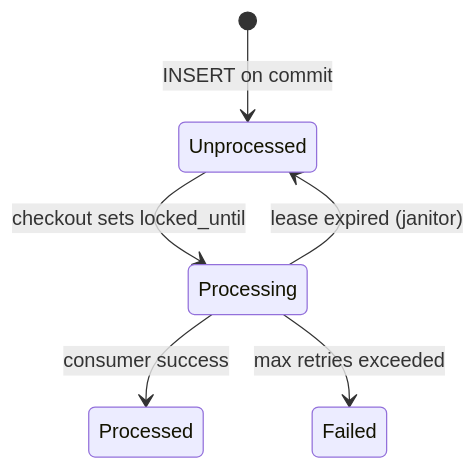
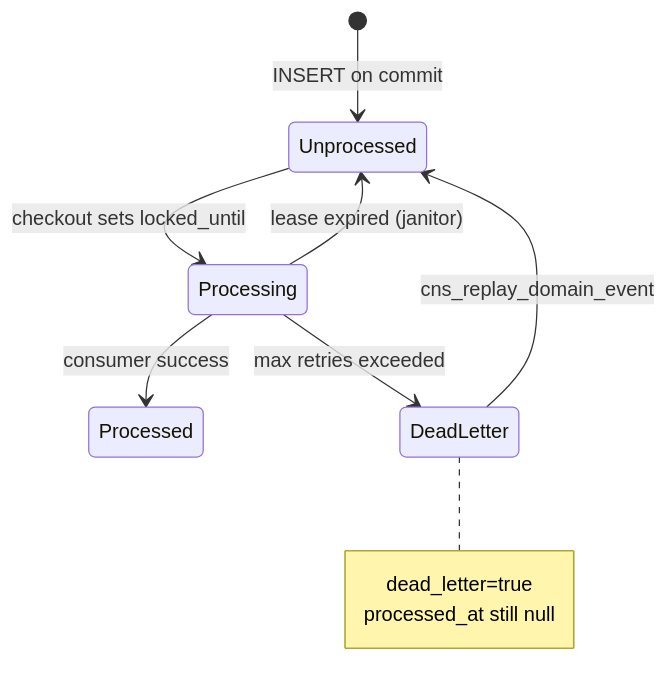
One commit to higorpo/renovi-orbit-test changed the seventh of 7 diagrams in docs/chats/design.md. Above: the diagram before and after it, drawn with Mermaid. The commit also changed other lines of this file and 2 other files, not shown here.

First line of the commit message:
Update design and requirements documents for Conversational Negotiation & Chat System (CNS)

````diff
--- a/docs/chats/design.md
+++ b/docs/chats/design.md
@@ -928,8 +1001,10 @@
 ```mermaid
 stateDiagram-v2
   [*] --> Unprocessed: INSERT on commit
   Unprocessed --> Processing: checkout sets locked_until
   Processing --> Processed: consumer success
   Processing --> Unprocessed: lease expired (janitor)
-  Processing --> Failed: max retries exceeded
+  Processing --> DeadLetter: max retries exceeded
+  DeadLetter --> Unprocessed: cns_replay_domain_event
+  note right of DeadLetter: dead_letter=true<br/>processed_at still null
 ```
````
